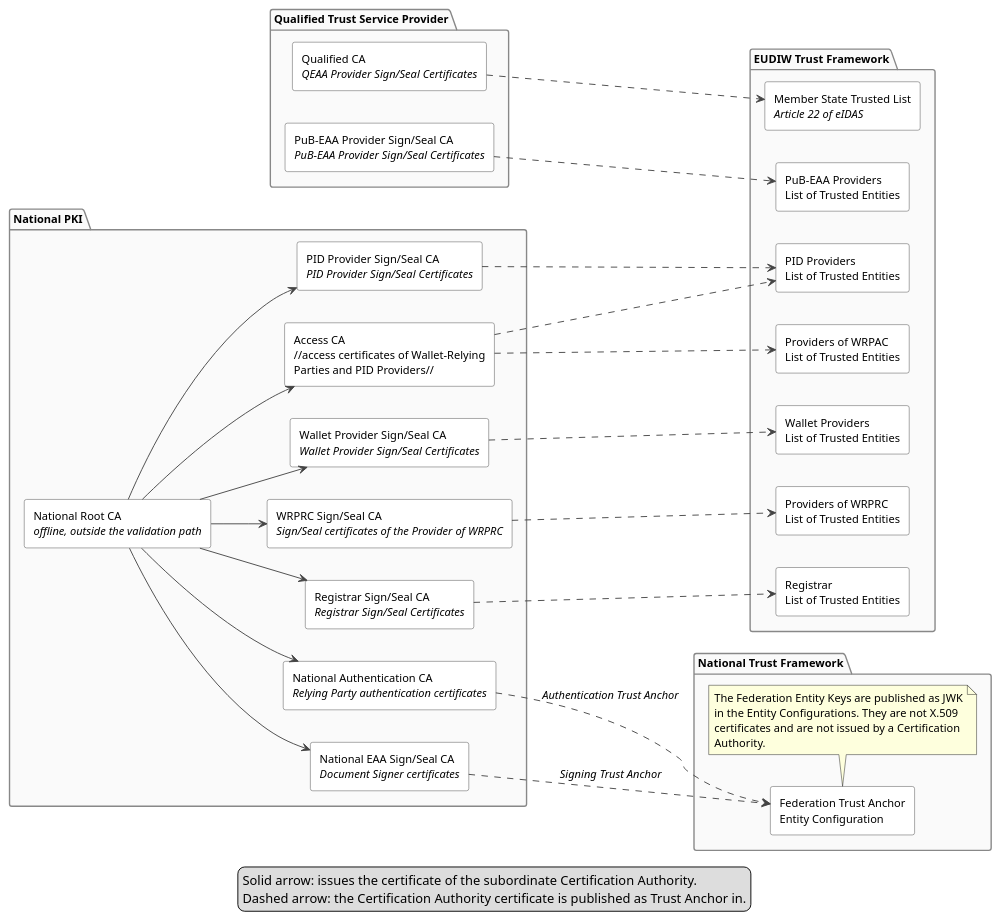
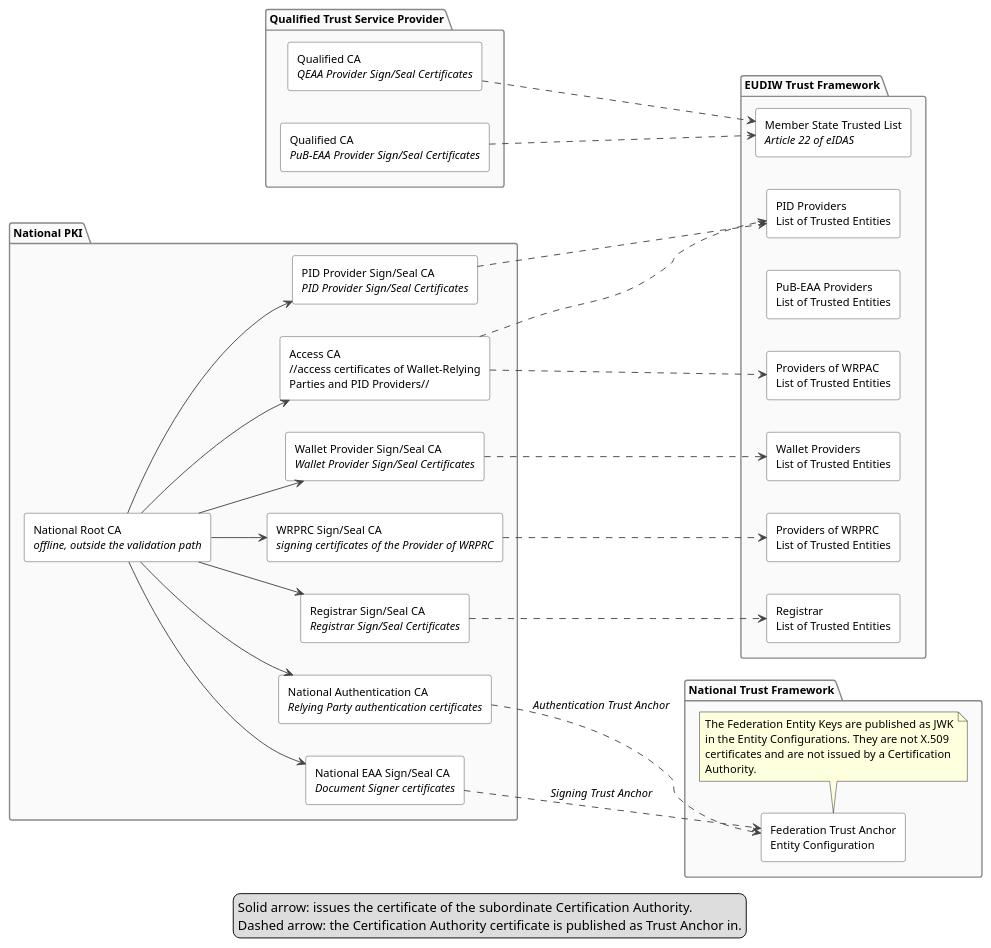
The diagram in docs/en/plantuml/pki-architecture.puml (italia/eid-wallet-it-docs), drawn with PlantUML before and after one commit. The commit also changed other lines of this file and 1 other file, not shown here.

Commit message:
chore: pub-eaa pki architecture modification

```diff
--- a/docs/en/plantuml/pki-architecture.puml
+++ b/docs/en/plantuml/pki-architecture.puml
@@ -1,90 +1,89 @@
-@startuml IT-Wallet - PKI Architecture
+@startuml
 ' Certification hierarchies and publication channel of the derived Trust Anchors.
 
 skinparam shadowing false
 skinparam defaultFontName Helvetica
 skinparam defaultFontSize 12
 skinparam ArrowColor #444444
 skinparam rectangle {
   BackgroundColor White
   BorderColor #444444
 }
 skinparam package {
   BackgroundColor #FAFAFA
   BorderColor #888888
   FontStyle bold
 }
 
 left to right direction
 
 package "National PKI" as NAT {
 
   rectangle "National Root CA\n//offline, outside the validation path//" as ROOT
 
   rectangle "PID Provider Sign/Seal CA\n//PID Provider Sign/Seal Certificates//" as CA_PIDS
   rectangle "Wallet Provider Sign/Seal CA\n//Wallet Provider Sign/Seal Certificates//" as CA_WP
   
   rectangle "Access CA\n//access certificates of Wallet-Relying\nParties and PID Providers//" as CA_WRPAC
   rectangle "National Authentication CA\n//Relying Party authentication certificates//" as CA_AUTH
-  rectangle "WRPRC Sign/Seal CA\n//Sign/Seal certificates of the Provider of WRPRC//" as CA_WRPRC
+  rectangle "WRPRC Sign/Seal CA\n//signing certificates of the Provider of WRPRC//" as CA_WRPRC
   rectangle "Registrar Sign/Seal CA\n//Registrar Sign/Seal Certificates//" as CA_REG
   rectangle "National EAA Sign/Seal CA\n//Document Signer certificates//" as CA_EAA
 }
 
 package "Qualified Trust Service Provider" as QTSP {
   rectangle "Qualified CA\n//QEAA Provider Sign/Seal Certificates//" as CA_Q
-  rectangle "PuB-EAA Provider Sign/Seal CA\n//PuB-EAA Provider Sign/Seal Certificates//" as CA_PUB
+  rectangle "Qualified CA\n//PuB-EAA Provider Sign/Seal Certificates//" as CA_PUB
 }
 
 package "EUDIW Trust Framework" as PUBEU {
   rectangle "PID Providers\nList of Trusted Entities" as L_PID
   rectangle "Wallet Providers\nList of Trusted Entities" as L_WP
   rectangle "PuB-EAA Providers\nList of Trusted Entities" as L_PUB
   rectangle "Providers of WRPAC\nList of Trusted Entities" as L_WRPAC
   rectangle "Providers of WRPRC\nList of Trusted Entities" as L_WRPRC
   rectangle "Registrar\nList of Trusted Entities" as L_REG
   rectangle "Member State Trusted List\n//Article 22 of eIDAS//" as L_TL
 }
 
 package "National Trust Framework" as PUBNAT {
   rectangle "Federation Trust Anchor\nEntity Configuration" as L_FED
   note bottom
     The Federation Entity Keys are published as JWK
     in the Entity Configurations. They are not X.509
     certificates and are not issued by a Certification
     Authority.
   end note  
 }
 
 ROOT --> CA_PIDS
 ROOT --> CA_WP
 ROOT --> CA_WRPAC
 ROOT --> CA_AUTH
 ROOT --> CA_WRPRC
 ROOT --> CA_REG
 ROOT --> CA_EAA
 
 CA_PIDS ..> L_PID
 CA_WP ..> L_WP
-CA_PUB ..> L_PUB
+CA_PUB ..> L_TL
 CA_WRPAC ..> L_WRPAC
 CA_WRPAC ..> L_PID
 CA_WRPRC ..> L_WRPRC
 CA_REG ..> L_REG
 CA_Q ..> L_TL
 CA_AUTH ..> L_FED : //Authentication Trust Anchor//
 CA_EAA ..> L_FED : //Signing Trust Anchor//
 
 ' note bottom of PUBNAT
 '   The Federation Entity Keys are published as JWK
 '   in the Entity Configurations. They are not X.509
 '   certificates and are not issued by a Certification
 '   Authority.
 ' end note
 
 legend bottom
   Solid arrow: issues the certificate of the subordinate Certification Authority.
   Dashed arrow: the Certification Authority certificate is published as Trust Anchor in.
 endlegend
-
 @enduml
```
